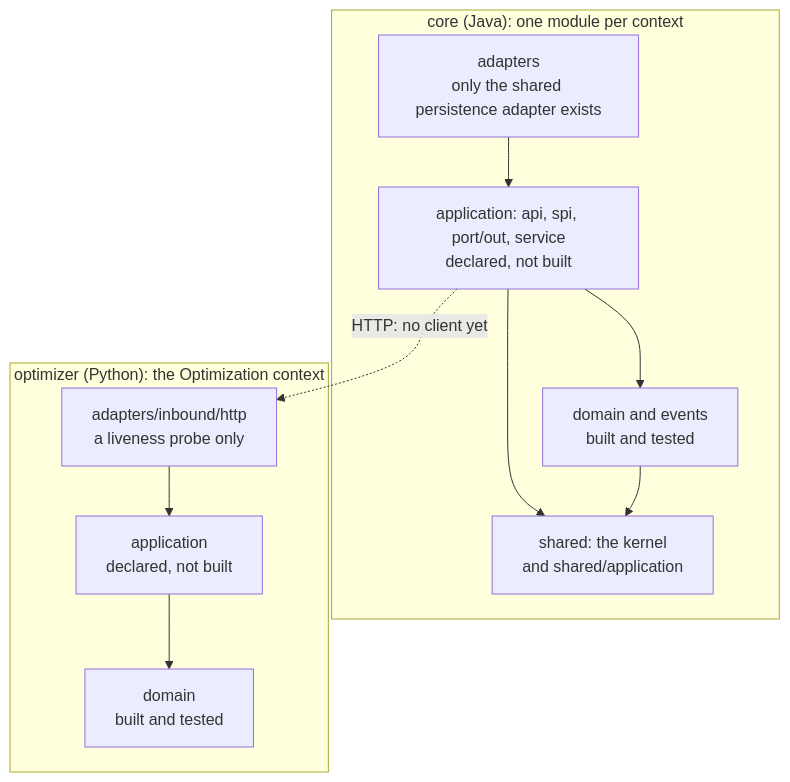
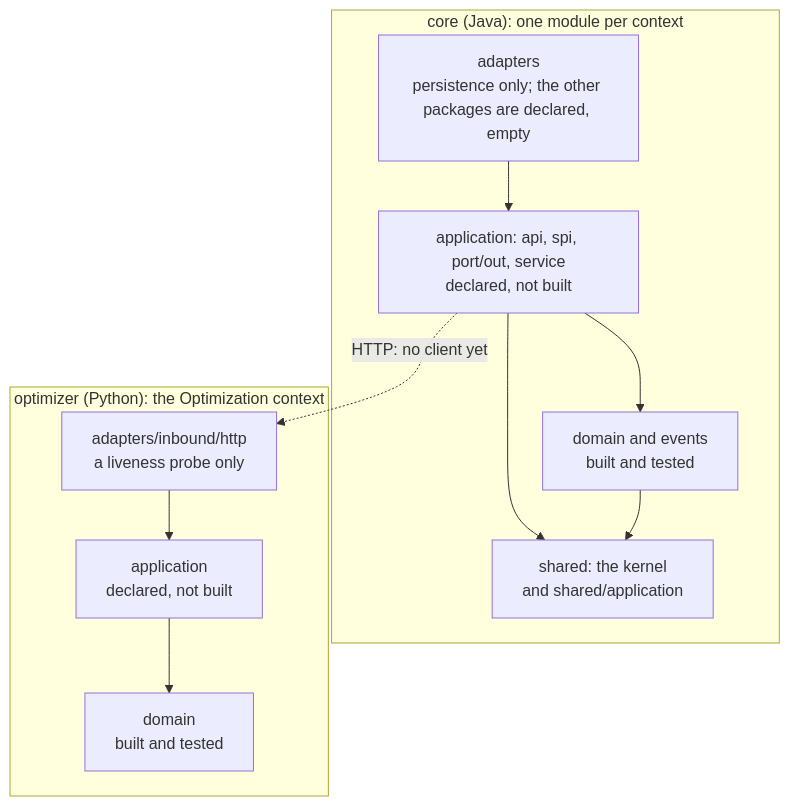
One commit to NaimElijah/DispatchFlow changed the first of 29 diagrams in docs/architecture/domain_layer/domain_layer_visual_guide.md. Above: the diagram before and after it, drawn with Mermaid. The commit also changed other lines of this file and 8 other files, not shown here.

````diff
--- a/docs/architecture/domain_layer/domain_layer_visual_guide.md
+++ b/docs/architecture/domain_layer/domain_layer_visual_guide.md
@@ -60,21 +60,21 @@
 ```mermaid
 flowchart TB
   subgraph CORE["core (Java): one module per context"]
-    CADP["adapters<br/>only the shared persistence adapter exists"]
+    CADP["adapters<br/>persistence only; the other packages are declared, empty"]
     CAPP["application: api, spi, port/out, service<br/>declared, not built"]
     CDOM["domain and events<br/>built and tested"]
     CKER["shared: the kernel<br/>and shared/application"]
     CADP --> CAPP
     CAPP --> CDOM
     CAPP --> CKER
     CDOM --> CKER
   end
   subgraph OPTIMIZER["optimizer (Python): the Optimization context"]
     SADP["adapters/inbound/http<br/>a liveness probe only"]
     SAPP["application<br/>declared, not built"]
     SDOM["domain<br/>built and tested"]
     SADP --> SAPP
     SAPP --> SDOM
   end
   CAPP -.->|"HTTP: no client yet"| SADP
 ```
````
